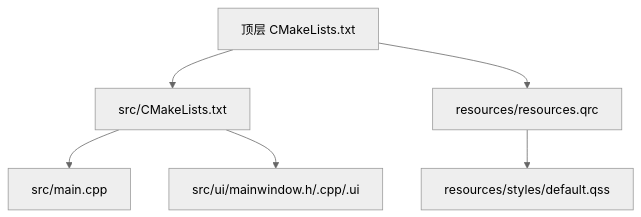
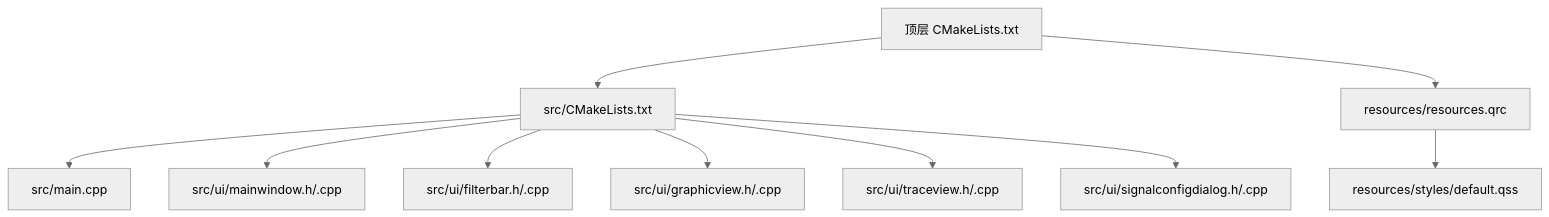
Before and after one commit to jakecai1225-design/OpenBus: the first of 11 diagrams in .qoder/repowiki/zh/content/架构设计/UI系统设计.md, drawn with Mermaid (neutral theme). The commit also changed other lines of this file and 31 other files, not shown here.

````diff
--- a/.qoder/repowiki/zh/content/架构设计/UI系统设计.md
+++ b/.qoder/repowiki/zh/content/架构设计/UI系统设计.md
@@ -46,8 +56,12 @@
 ```mermaid
 graph TB
 A["顶层 CMakeLists.txt"] --> B["src/CMakeLists.txt"]
 B --> C["src/main.cpp"]
-B --> D["src/ui/mainwindow.h/.cpp/.ui"]
-A --> E["resources/resources.qrc"]
-E --> F["resources/styles/default.qss"]
+B --> D["src/ui/mainwindow.h/.cpp"]
+B --> E["src/ui/filterbar.h/.cpp"]
+B --> F["src/ui/graphicview.h/.cpp"]
+B --> G["src/ui/traceview.h/.cpp"]
+B --> H["src/ui/signalconfigdialog.h/.cpp"]
+A --> I["resources/resources.qrc"]
+I --> J["resources/styles/default.qss"]
 ```
````
